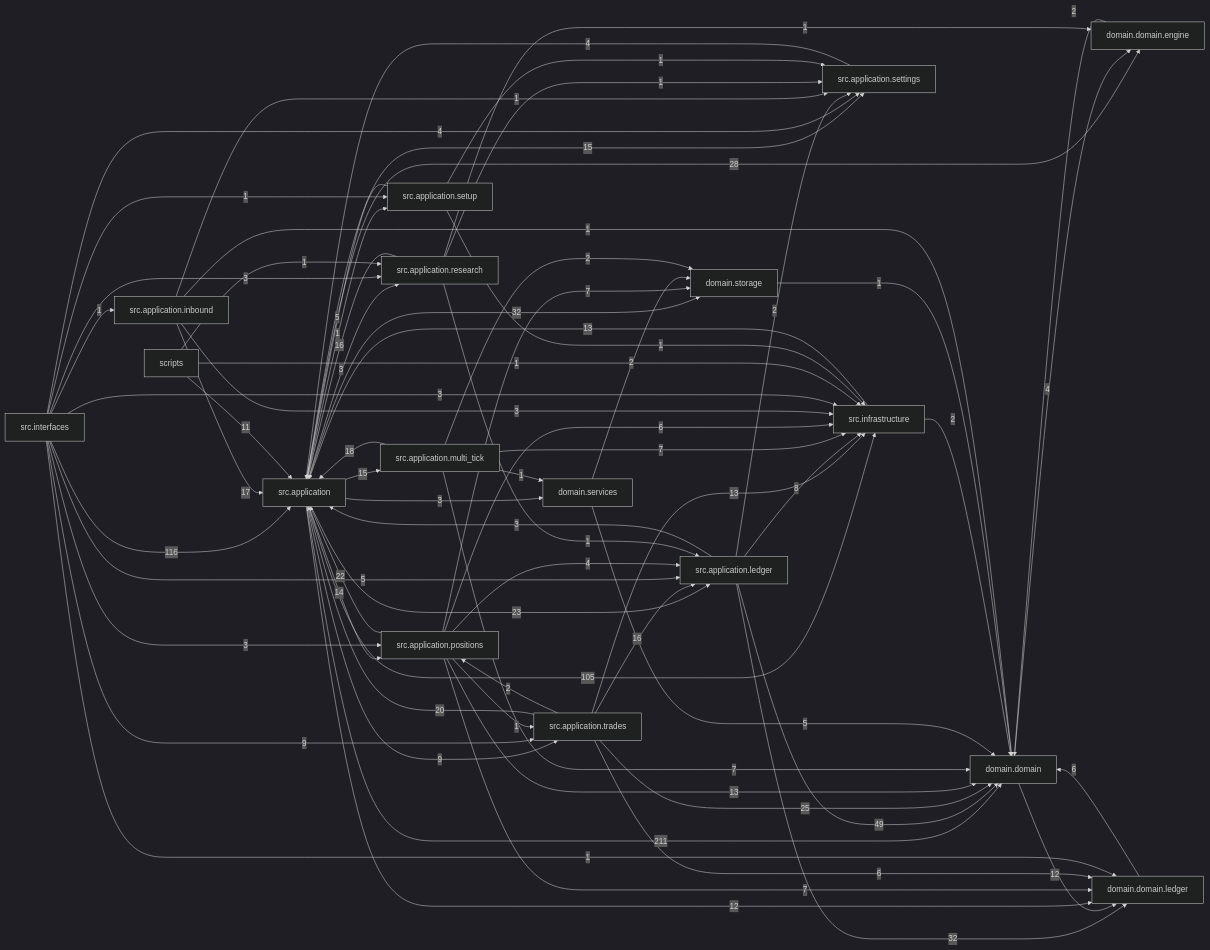
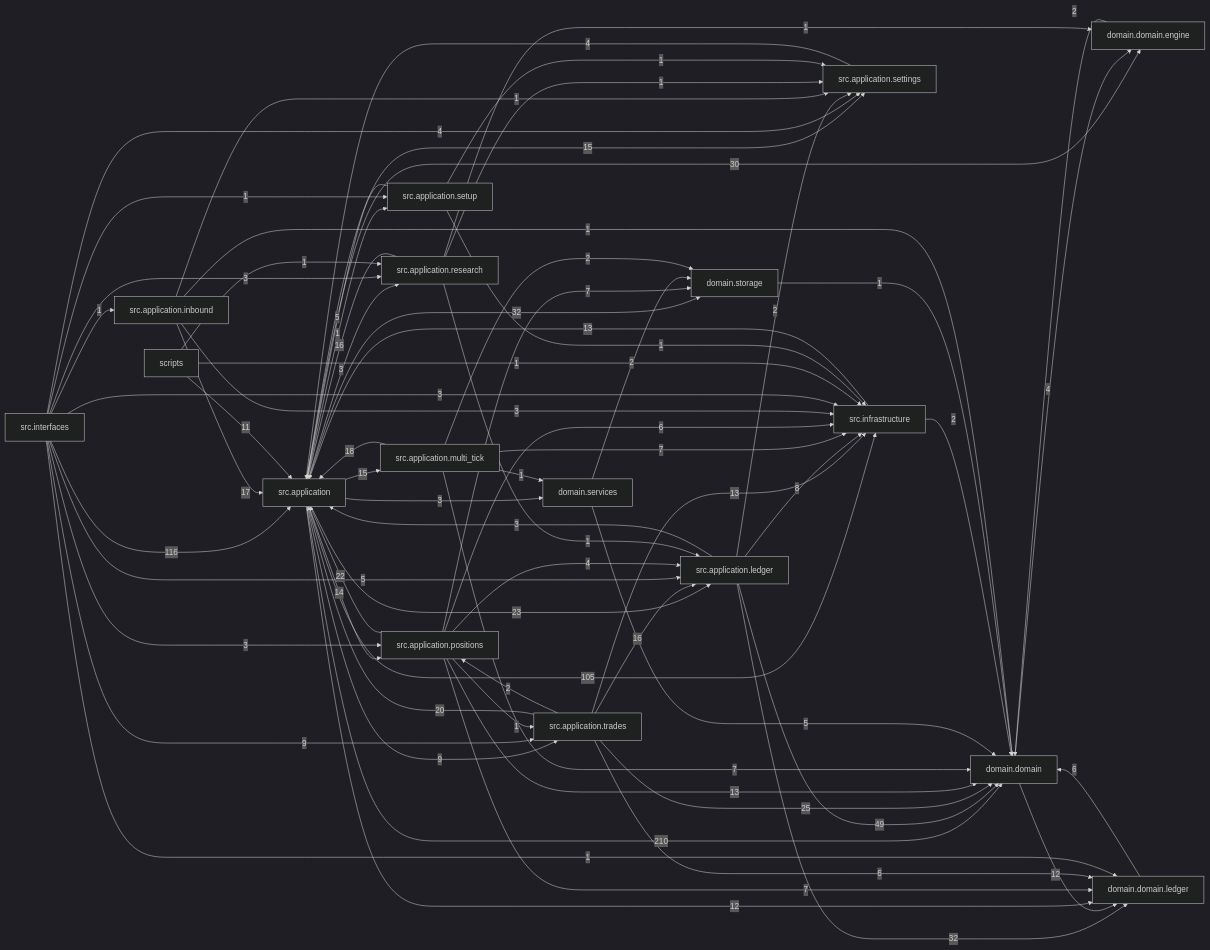
The diagram in docs/dependency_graph.mmd (liuxie066/options-monitor), drawn with Mermaid (dark theme) before and after one commit. The commit also changed 43 other files, not shown here.

```diff
--- a/docs/dependency_graph.mmd
+++ b/docs/dependency_graph.mmd
@@ -1,71 +1,71 @@
 flowchart LR
-  src_application["src.application"] -->|211| domain_domain["domain.domain"]
+  src_application["src.application"] -->|210| domain_domain["domain.domain"]
   src_interfaces["src.interfaces"] -->|116| src_application["src.application"]
   src_application["src.application"] -->|105| src_infrastructure["src.infrastructure"]
   src_application_ledger["src.application.ledger"] -->|49| domain_domain["domain.domain"]
   src_application["src.application"] -->|32| domain_storage["domain.storage"]
   src_application_ledger["src.application.ledger"] -->|32| domain_domain_ledger["domain.domain.ledger"]
-  src_application["src.application"] -->|28| domain_domain_engine["domain.domain.engine"]
+  src_application["src.application"] -->|30| domain_domain_engine["domain.domain.engine"]
   src_application_trades["src.application.trades"] -->|25| domain_domain["domain.domain"]
   src_application["src.application"] -->|23| src_application_ledger["src.application.ledger"]
   src_application_positions["src.application.positions"] -->|22| src_application["src.application"]
   src_application_trades["src.application.trades"] -->|20| src_application["src.application"]
   src_application_multi_tick["src.application.multi_tick"] -->|18| src_application["src.application"]
   src_application_inbound["src.application.inbound"] -->|17| src_application["src.application"]
   src_application_research["src.application.research"] -->|16| src_application["src.application"]
   src_application_trades["src.application.trades"] -->|16| src_application_ledger["src.application.ledger"]
   src_application["src.application"] -->|15| src_application_multi_tick["src.application.multi_tick"]
   src_application["src.application"] -->|15| src_application_settings["src.application.settings"]
   src_application["src.application"] -->|14| src_application_positions["src.application.positions"]
   src_application_positions["src.application.positions"] -->|13| domain_domain["domain.domain"]
   src_application_trades["src.application.trades"] -->|13| src_infrastructure["src.infrastructure"]
   src_infrastructure["src.infrastructure"] -->|13| src_application["src.application"]
   domain_domain["domain.domain"] -->|12| domain_domain_ledger["domain.domain.ledger"]
   src_application["src.application"] -->|12| domain_domain_ledger["domain.domain.ledger"]
   scripts["scripts"] -->|11| src_application["src.application"]
   src_application["src.application"] -->|9| src_application_trades["src.application.trades"]
   src_interfaces["src.interfaces"] -->|9| src_application_trades["src.application.trades"]
   src_application_ledger["src.application.ledger"] -->|8| src_infrastructure["src.infrastructure"]
   src_application_multi_tick["src.application.multi_tick"] -->|7| domain_domain["domain.domain"]
   src_application_multi_tick["src.application.multi_tick"] -->|7| src_infrastructure["src.infrastructure"]
   src_application_positions["src.application.positions"] -->|7| domain_domain_ledger["domain.domain.ledger"]
   src_application_positions["src.application.positions"] -->|7| domain_storage["domain.storage"]
   domain_domain_ledger["domain.domain.ledger"] -->|6| domain_domain["domain.domain"]
   src_application_positions["src.application.positions"] -->|6| src_infrastructure["src.infrastructure"]
   src_application_trades["src.application.trades"] -->|6| domain_domain_ledger["domain.domain.ledger"]
   domain_services["domain.services"] -->|5| domain_domain["domain.domain"]
   src_application_setup["src.application.setup"] -->|5| src_application["src.application"]
   src_interfaces["src.interfaces"] -->|5| src_application_ledger["src.application.ledger"]
   domain_domain["domain.domain"] -->|4| domain_domain_engine["domain.domain.engine"]
   src_application_positions["src.application.positions"] -->|4| src_application_ledger["src.application.ledger"]
   src_application_settings["src.application.settings"] -->|4| src_application["src.application"]
   src_interfaces["src.interfaces"] -->|4| src_application_settings["src.application.settings"]
   src_application["src.application"] -->|3| domain_services["domain.services"]
   src_application["src.application"] -->|3| src_application_research["src.application.research"]
   src_application_inbound["src.application.inbound"] -->|3| src_infrastructure["src.infrastructure"]
   src_application_ledger["src.application.ledger"] -->|3| src_application["src.application"]
   src_interfaces["src.interfaces"] -->|3| src_application_positions["src.application.positions"]
   src_interfaces["src.interfaces"] -->|3| src_application_research["src.application.research"]
   src_interfaces["src.interfaces"] -->|3| src_infrastructure["src.infrastructure"]
   domain_domain_engine["domain.domain.engine"] -->|2| domain_domain["domain.domain"]
   domain_services["domain.services"] -->|2| domain_storage["domain.storage"]
   src_application_ledger["src.application.ledger"] -->|2| src_application_settings["src.application.settings"]
   src_application_multi_tick["src.application.multi_tick"] -->|2| domain_storage["domain.storage"]
   src_application_trades["src.application.trades"] -->|2| src_application_positions["src.application.positions"]
   src_infrastructure["src.infrastructure"] -->|2| domain_domain["domain.domain"]
   domain_storage["domain.storage"] -->|1| domain_domain["domain.domain"]
   scripts["scripts"] -->|1| src_application_research["src.application.research"]
   scripts["scripts"] -->|1| src_infrastructure["src.infrastructure"]
   src_application["src.application"] -->|1| src_application_setup["src.application.setup"]
   src_application_inbound["src.application.inbound"] -->|1| domain_domain["domain.domain"]
   src_application_inbound["src.application.inbound"] -->|1| src_application_settings["src.application.settings"]
   src_application_multi_tick["src.application.multi_tick"] -->|1| domain_services["domain.services"]
   src_application_positions["src.application.positions"] -->|1| src_application_trades["src.application.trades"]
   src_application_research["src.application.research"] -->|1| domain_domain_engine["domain.domain.engine"]
   src_application_research["src.application.research"] -->|1| src_application_ledger["src.application.ledger"]
   src_application_research["src.application.research"] -->|1| src_application_settings["src.application.settings"]
   src_application_setup["src.application.setup"] -->|1| src_application_settings["src.application.settings"]
   src_application_setup["src.application.setup"] -->|1| src_infrastructure["src.infrastructure"]
   src_interfaces["src.interfaces"] -->|1| domain_domain_ledger["domain.domain.ledger"]
   src_interfaces["src.interfaces"] -->|1| src_application_inbound["src.application.inbound"]
   src_interfaces["src.interfaces"] -->|1| src_application_setup["src.application.setup"]
```
